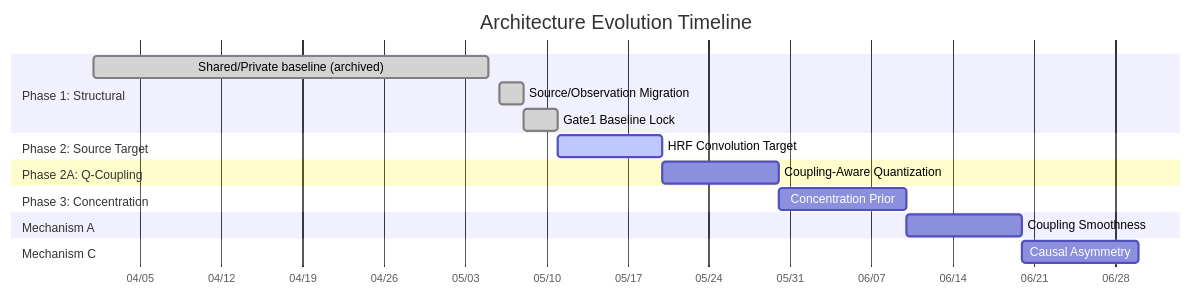
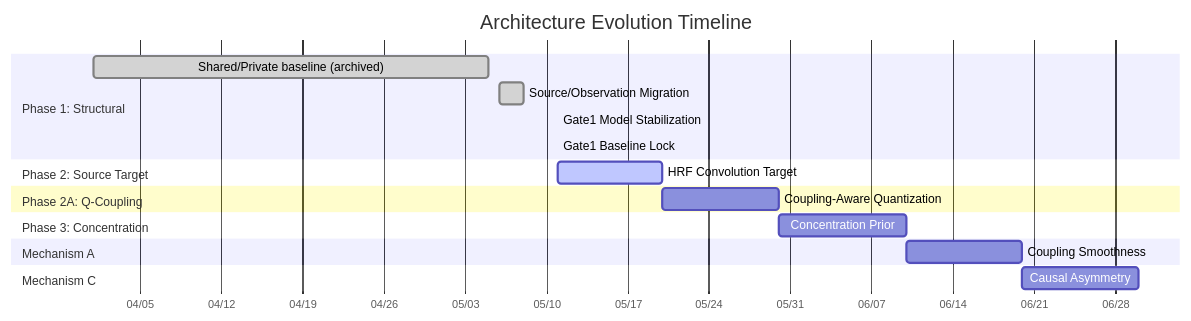
The diagram in docs/architecture_changelog/INDEX.md (Kevin65536/PID-MCM), drawn with Mermaid before and after one commit. The commit also changed other lines of this file and 3 other files, not shown here.

Commit message:
architecture document update after gate1 successfully passed

````diff
--- a/docs/architecture_changelog/INDEX.md
+++ b/docs/architecture_changelog/INDEX.md
@@ -11,20 +11,21 @@
 ```mermaid
 gantt
     title Architecture Evolution Timeline
     dateFormat  YYYY-MM-DD
     axisFormat  %m/%d
     section Phase 1: Structural
         Shared/Private baseline (archived) :done, 2026-04-01, 2026-05-05
         Source/Observation Migration      :done, 2026-05-06, 2026-05-08
-        Gate1 Baseline Lock               :done, 2026-05-08, 2026-05-11
+        Gate1 Model Stabilization         :done, 2026-05-11, 2026-05-11
+        Gate1 Baseline Lock               :done, 2026-05-11, 2026-05-11
     section Phase 2: Source Target
         HRF Convolution Target            :active, 2026-05-11, 2026-05-20
     section Phase 2A: Q-Coupling
         Coupling-Aware Quantization       :      2026-05-20, 2026-05-30
     section Phase 3: Concentration
         Concentration Prior               :      2026-05-30, 2026-06-10
     section Mechanism A
         Coupling Smoothness               :      2026-06-10, 2026-06-20
     section Mechanism C
         Causal Asymmetry                  :      2026-06-20, 2026-06-30
 ```
````
